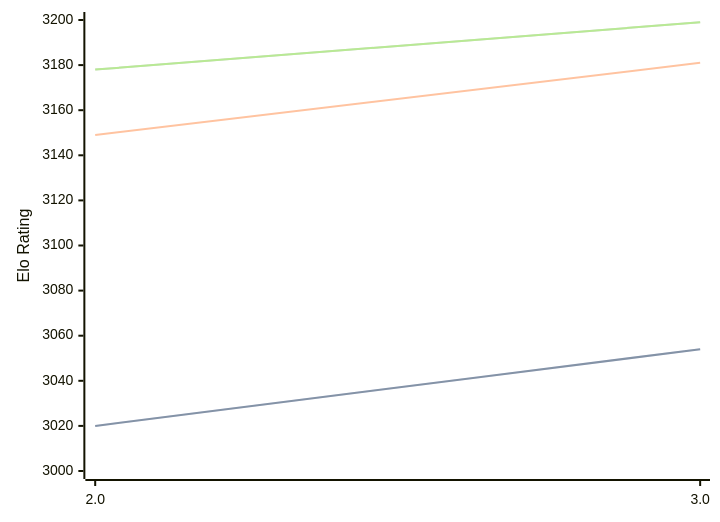
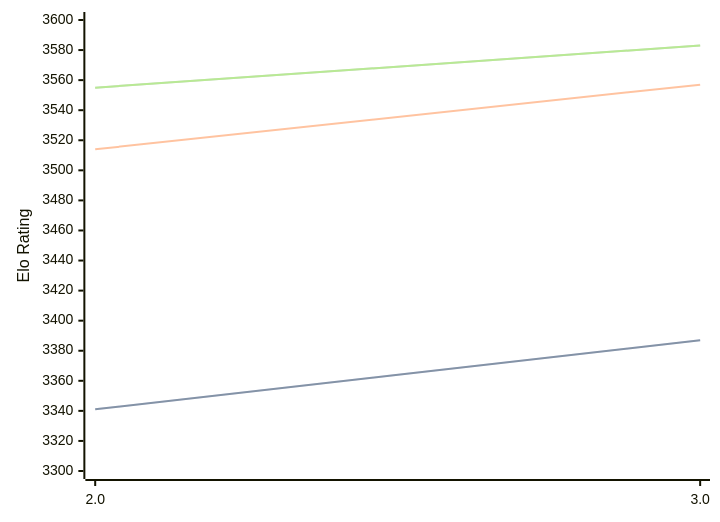
Before and after one commit to computer-chess-index/cci: the diagram in engines/Quanticade.md, drawn with Mermaid. The commit also changed other lines of this file, not shown here.

Commit message:
Update CCI Ratings (ELO VLTC) - 2026-02-24

````diff
--- a/engines/Quanticade.md
+++ b/engines/Quanticade.md
@@ -38,11 +39,11 @@
 ```mermaid
 %%{init: {"theme":"base","themeVariables":{"seriesColors:['#a3a3a3','#222221','#faa371']}}}%%
 xychart-beta
   x-axis ["2.0", "3.0"]
-  y-axis "Elo Rating" 3000 --> 3200
-  line "STC (8.0+0.08s)" [3020, 3054]
-  line "STC (8.0+0.08s)" [3020, 3054]
-  line "LTC (60.0+0.60s)" [3149, 3181]
-  line "VLTC (2m24s+1.12s)" [3178, 3199]
-  line "VLTC (2m24s+1.12s)" [3178, 3199]
+  y-axis "Elo Rating" 3300 --> 3600
+  line "STC (8.0+0.08s)" [3341, 3387]
+  line "STC (8.0+0.08s)" [3341, 3387]
+  line "LTC (60.0+0.60s)" [3514, 3557]
+  line "VLTC (2m24s+1.12s)" [3555, 3583]
+  line "VLTC (2m24s+1.12s)" [3555, 3583]
 ```
````
